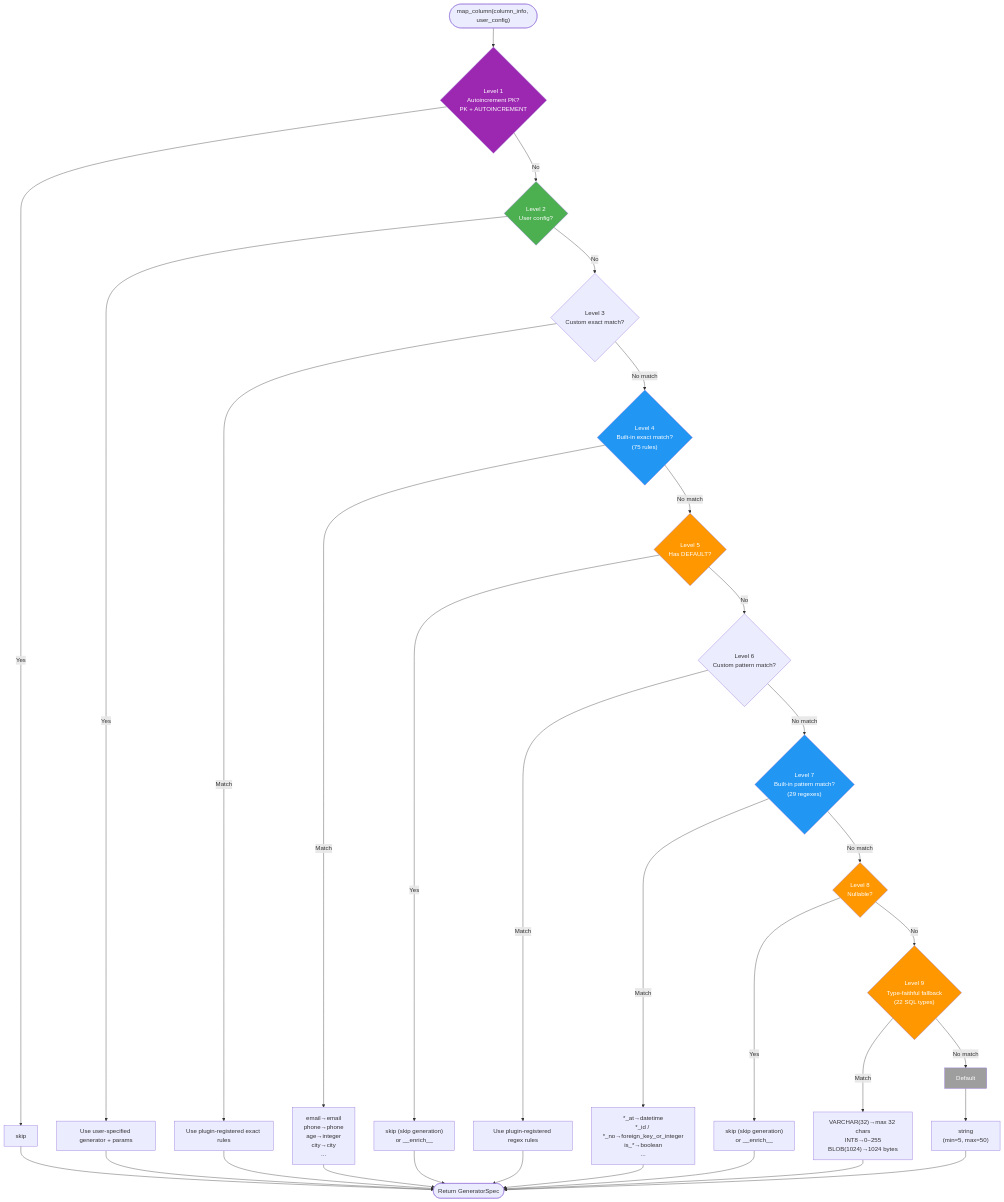
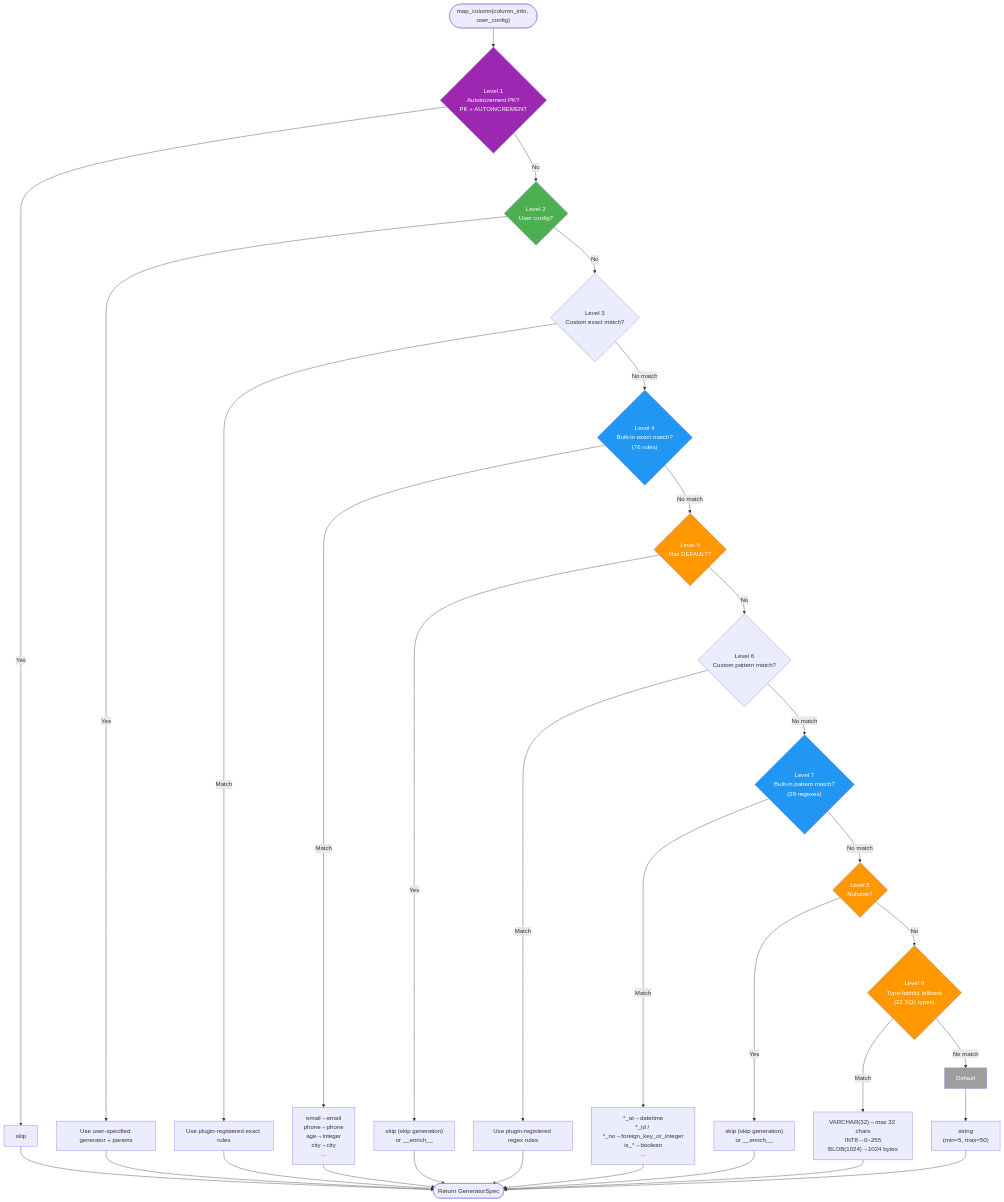
The third of 11 diagrams in docs/architecture.md (sunbos/sqlseed), drawn with Mermaid before and after one commit. The commit also changed 25 other files, not shown here.

````diff
--- a/docs/architecture.md
+++ b/docs/architecture.md
@@ -209,53 +209,53 @@
 ```mermaid
 flowchart TD
     Start(["map_column(column_info, user_config)"]) --> L1
 
     L1{"Level 1<br/>Autoincrement PK?<br/>PK + AUTOINCREMENT"} -->|Yes| R1["skip"]
     L1 -->|No| L2
 
     L2{"Level 2<br/>User config?"} -->|Yes| R2["Use user-specified generator + params"]
     L2 -->|No| L3
 
     L3{"Level 3<br/>Custom exact match?"} -->|Match| R3["Use plugin-registered exact rules"]
     L3 -->|No match| L4
 
-    L4{"Level 4<br/>Built-in exact match?<br/>(<!-- BEGIN:AUTO-GENERATED:exact-match-rule-count -->75<!-- END:AUTO-GENERATED:exact-match-rule-count --> rules)"} -->|Match| R4["email→email<br/>phone→phone<br/>age→integer<br/>city→city<br/>..."]
+    L4{"Level 4<br/>Built-in exact match?<br/>(<!-- BEGIN:AUTO-GENERATED:exact-match-rule-count -->76<!-- END:AUTO-GENERATED:exact-match-rule-count --> rules)"} -->|Match| R4["email→email<br/>phone→phone<br/>age→integer<br/>city→city<br/>..."]
     L4 -->|No match| L5
 
     L5{"Level 5<br/>Has DEFAULT?"} -->|Yes| R5["skip (skip generation)<br/>or __enrich__"]
     L5 -->|No| L6
 
     L6{"Level 6<br/>Custom pattern match?"} -->|Match| R6["Use plugin-registered regex rules"]
     L6 -->|No match| L7
 
     L7{"Level 7<br/>Built-in pattern match?<br/>(<!-- BEGIN:AUTO-GENERATED:pattern-match-rule-count -->29<!-- END:AUTO-GENERATED:pattern-match-rule-count --> regexes)"} -->|Match| R7["*_at→datetime<br/>*_id / *_no→foreign_key_or_integer<br/>is_*→boolean<br/>..."]
     L7 -->|No match| L8
 
     L8{"Level 8<br/>Nullable?"} -->|Yes| R8["skip (skip generation)<br/>or __enrich__"]
     L8 -->|No| L9
 
     L9{"Level 9<br/>Type-faithful fallback<br/>(22 SQL types)"} -->|Match| R9["VARCHAR(32)→max 32 chars<br/>INT8→0~255<br/>BLOB(1024)→1024 bytes"]
     L9 -->|No match| L10
 
     L10["Default"] --> R10["string<br/>(min=5, max=50)"]
 
     R1 --> Done(["Return GeneratorSpec"])
     R2 --> Done
     R3 --> Done
     R4 --> Done
     R5 --> Done
     R6 --> Done
     R7 --> Done
     R8 --> Done
     R9 --> Done
     R10 --> Done
 
     style L1 fill:#9C27B0,color:#fff
     style L2 fill:#4CAF50,color:#fff
     style L4 fill:#2196F3,color:#fff
     style L5 fill:#FF9800,color:#fff
     style L7 fill:#2196F3,color:#fff
     style L8 fill:#FF9800,color:#fff
     style L9 fill:#FF9800,color:#fff
     style L10 fill:#9E9E9E,color:#fff
 ```
````
